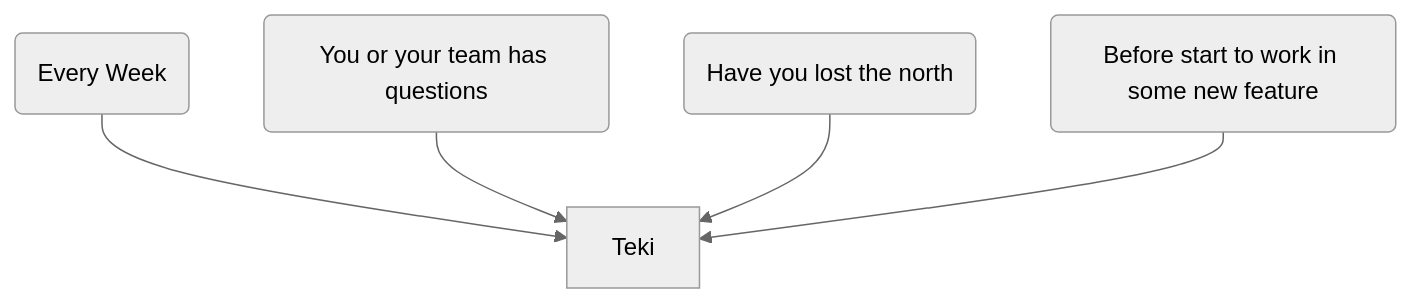
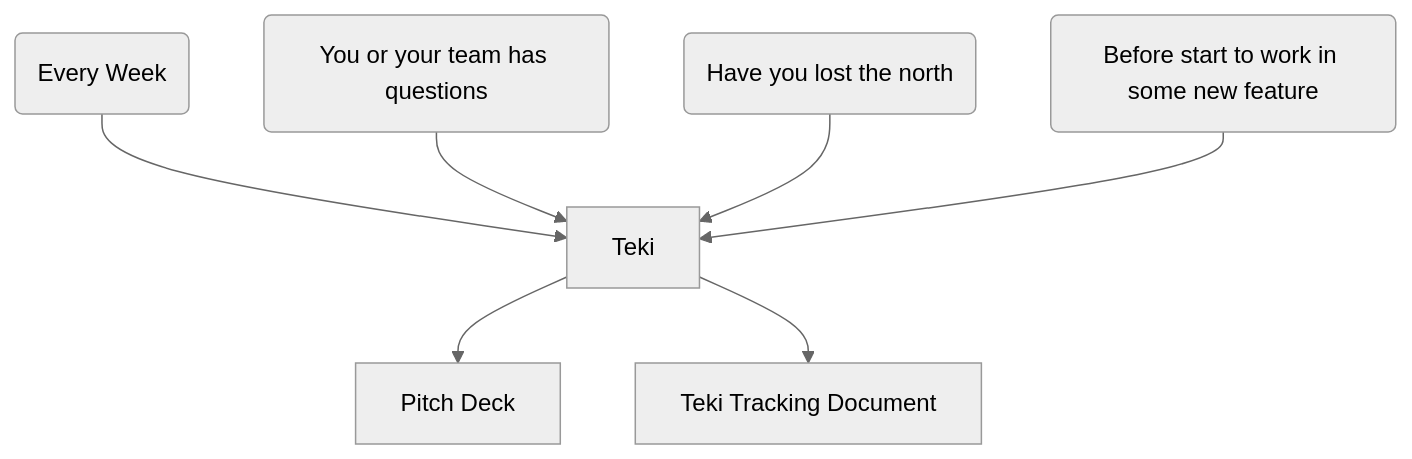
One commit to soygcm/teki changed the diagram in README.md. Above: the diagram before and after it, drawn with Mermaid (neutral theme). The commit also changed other lines of this file, not shown here.

````diff
--- a/README.md
+++ b/README.md
@@ -27,7 +29,9 @@
 ```mermaid
   graph TD;
       week(Every Week)-->Teki;
       question(You or your team has questions)-->Teki;
       lost_the_north(Have you lost the north)-->Teki;
       before_start(Before start to work in some new feature)-->Teki;
+      Teki-->pd[Pitch Deck]
+      Teki-->progress_doc[Teki Tracking Document]
 ```
````
